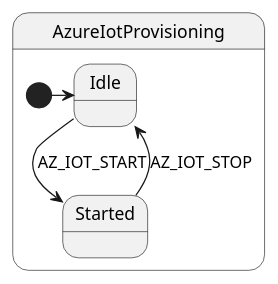
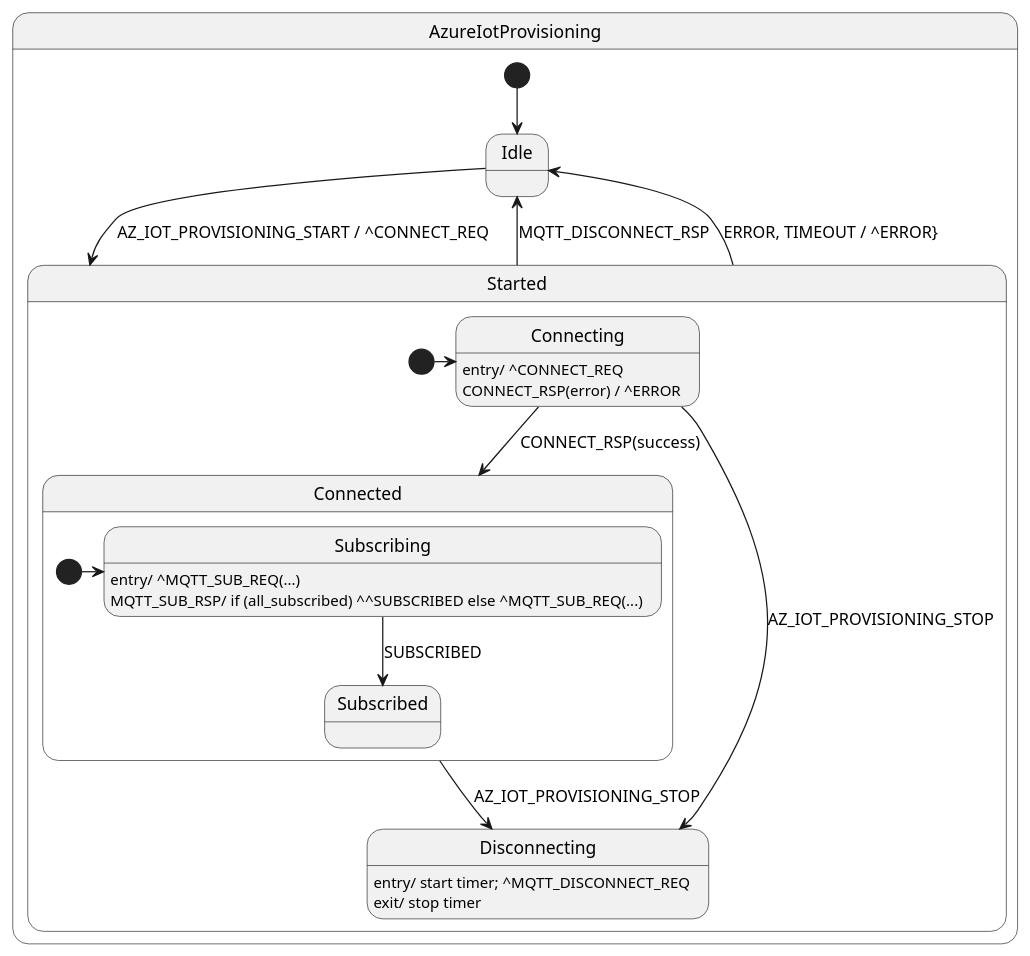
One commit to vaavva/azure-sdk-for-c-hfsm changed the diagram in sdk/docs/iot/resources/iot_hsm_provisioning.puml. Above: the diagram before and after it, drawn with PlantUML. The commit also changed 1 other file, not shown here.

```diff
--- a/sdk/docs/iot/resources/iot_hsm_provisioning.puml
+++ b/sdk/docs/iot/resources/iot_hsm_provisioning.puml
@@ -1,14 +1,37 @@
 @startuml
 
 state AzureIotProvisioning {
-    state Idle
+state Idle
     state Started {
-        
+        state Connecting
+        Connecting : entry/ ^CONNECT_REQ
+        Connecting : CONNECT_RSP(error) / ^ERROR
+
+        state Connected {
+            state Subscribing
+            Subscribing : entry/ ^MQTT_SUB_REQ(...)
+            Subscribing : MQTT_SUB_RSP/ if (all_subscribed) ^^SUBSCRIBED else ^MQTT_SUB_REQ(...)
+            state Subscribed {
+
+            }
+
+            [*] -> Subscribing
+            Subscribing --> Subscribed : SUBSCRIBED
+        }
+
+        state Disconnecting
+        Disconnecting : entry/ start timer; ^MQTT_DISCONNECT_REQ
+        Disconnecting : exit/ stop timer
+
+        [*] -> Connecting
+        Connecting --> Connected : CONNECT_RSP(success)
+        Connecting --> Disconnecting : AZ_IOT_PROVISIONING_STOP
+        Connected --> Disconnecting : AZ_IOT_PROVISIONING_STOP
     }
 
-    [*] -> Idle
-    Idle -> Started : AZ_IOT_START
-    Started --> Idle : AZ_IOT_STOP
-}
+    [*] --> Idle
+    Idle -> Started : AZ_IOT_PROVISIONING_START / ^CONNECT_REQ
+    Started --> Idle : MQTT_DISCONNECT_RSP
+    Started --> Idle : ERROR, TIMEOUT / ^ERROR}
 
 @enduml
```
